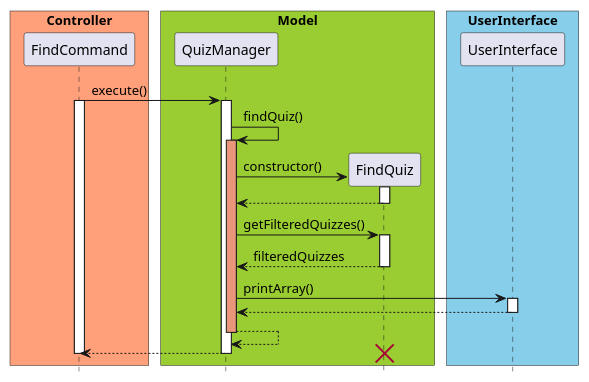
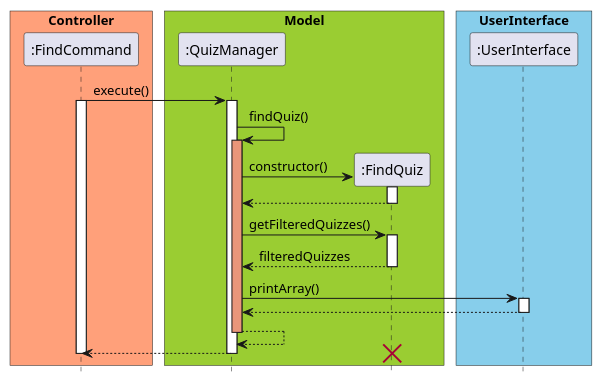
The diagram in docs/plantuml/FindQuiz.puml (untitle4/tp), drawn with PlantUML before and after one commit. The commit also changed 6 other files, not shown here.

Commit message:
Update PPP and UML diagrams

```diff
--- a/docs/plantuml/FindQuiz.puml
+++ b/docs/plantuml/FindQuiz.puml
@@ -1,44 +1,44 @@
 @startuml
 
 skinparam ParticipantPadding 10
 skinparam BoxPadding 5
 hide footbox
 
 box "Controller" #LightSalmon
-participant FindCommand
+participant ":FindCommand"
 end box
 
 box "Model" #YellowGreen
-participant QuizManager
-participant FindQuiz
+participant ":QuizManager"
+participant ":FindQuiz"
 end box
 
 box "UserInterface" #skyblue
-participant UserInterface
+participant ":UserInterface"
 end box
 
-FindCommand -> QuizManager : execute()
-activate FindCommand
-activate QuizManager
-QuizManager -> QuizManager : findQuiz()
-activate QuizManager #DarkSalmon
-QuizManager -> FindQuiz ** : constructor()
-activate FindQuiz
-FindQuiz --> QuizManager
-deactivate FindQuiz
-QuizManager -> FindQuiz : getFilteredQuizzes()
-activate FindQuiz
-FindQuiz --> QuizManager : filteredQuizzes
-deactivate FindQuiz
-QuizManager -> UserInterface : printArray()
-activate UserInterface
-UserInterface --> QuizManager
-deactivate UserInterface
-QuizManager --> QuizManager
-deactivate QuizManager
-QuizManager --> FindCommand
-deactivate QuizManager
-deactivate FindCommand
-destroy FindQuiz
+":FindCommand" -> ":QuizManager" : execute()
+activate ":FindCommand"
+activate ":QuizManager"
+":QuizManager" -> ":QuizManager" : findQuiz()
+activate ":QuizManager" #DarkSalmon
+":QuizManager" -> ":FindQuiz" ** : constructor()
+activate ":FindQuiz"
+":FindQuiz" --> ":QuizManager"
+deactivate ":FindQuiz"
+":QuizManager" -> ":FindQuiz" : getFilteredQuizzes()
+activate ":FindQuiz"
+":FindQuiz" --> ":QuizManager" : filteredQuizzes
+deactivate ":FindQuiz"
+":QuizManager" -> ":UserInterface" : printArray()
+activate ":UserInterface"
+":UserInterface" --> ":QuizManager"
+deactivate ":UserInterface"
+":QuizManager" --> ":QuizManager"
+deactivate ":QuizManager"
+":QuizManager" --> ":FindCommand"
+deactivate ":QuizManager"
+deactivate ":FindCommand"
+destroy ":FindQuiz"
 
 @enduml
```
